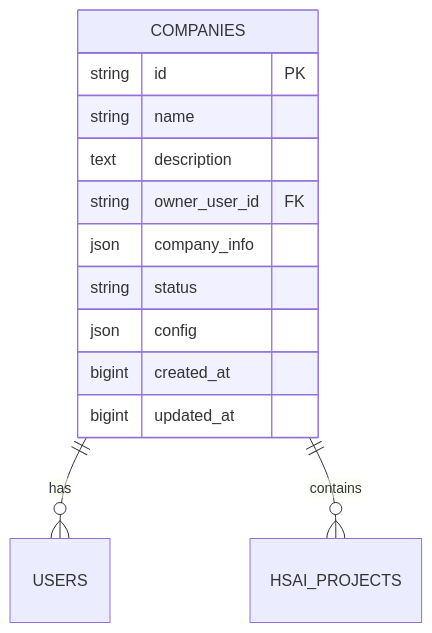
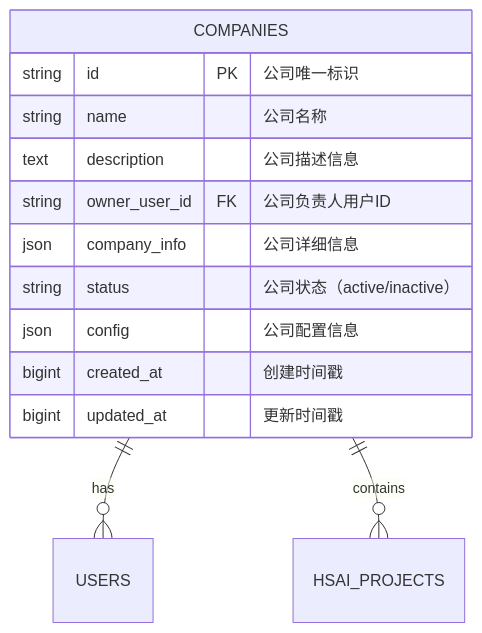
One commit to Cokefish9527/open-webui changed the second of 13 diagrams in docs/96-基于任务的对话管理系统优化方案.md. Above: the diagram before and after it, drawn with Mermaid. The commit also changed other lines of this file, not shown here.

First line of the commit message:
docs(database): 补充实体关系图表字段说明

````diff
--- a/docs/96-基于任务的对话管理系统优化方案.md
+++ b/docs/96-基于任务的对话管理系统优化方案.md
@@ -66,16 +66,16 @@
 ```mermaid
 erDiagram
     COMPANIES ||--o{ USERS : has
     COMPANIES ||--o{ HSAI_PROJECTS : contains
     COMPANIES {
-        string id PK
-        string name
-        text description
-        string owner_user_id FK
-        json company_info
-        string status
-        json config
-        bigint created_at
-        bigint updated_at
+        string id PK "公司唯一标识"
+        string name "公司名称"
+        text description "公司描述信息"
+        string owner_user_id FK "公司负责人用户ID"
+        json company_info "公司详细信息"
+        string status "公司状态（active/inactive）"
+        json config "公司配置信息"
+        bigint created_at "创建时间戳"
+        bigint updated_at "更新时间戳"
     }
 ```
````
